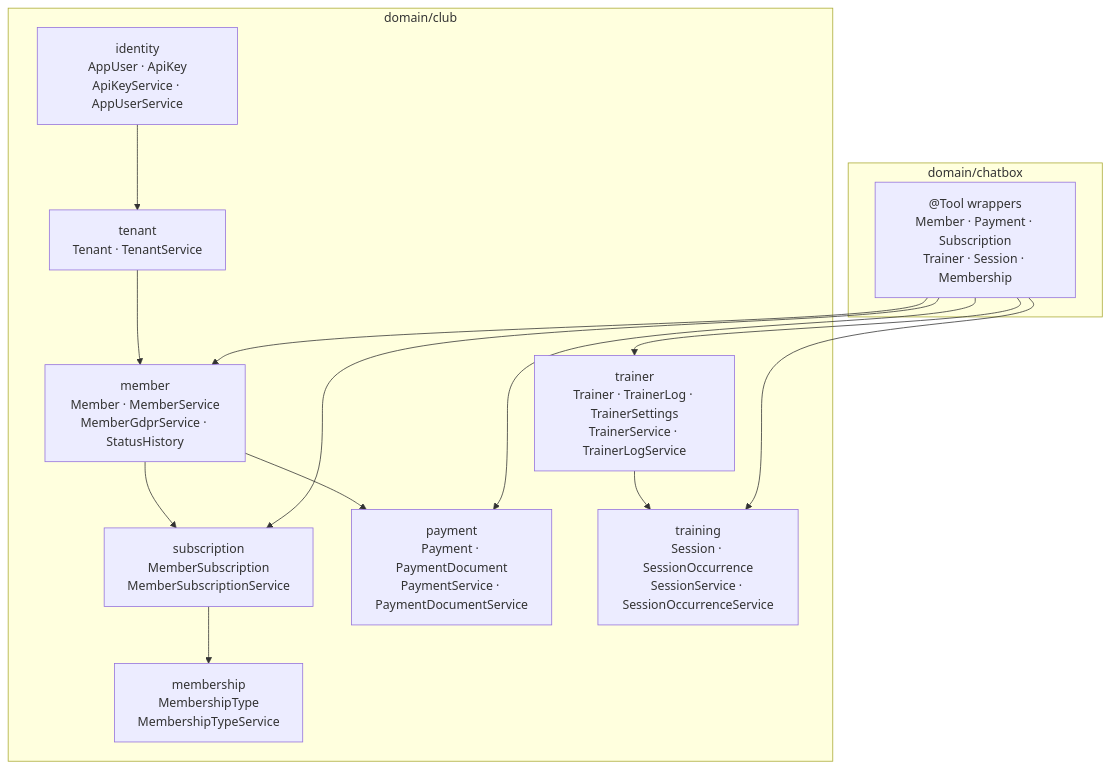
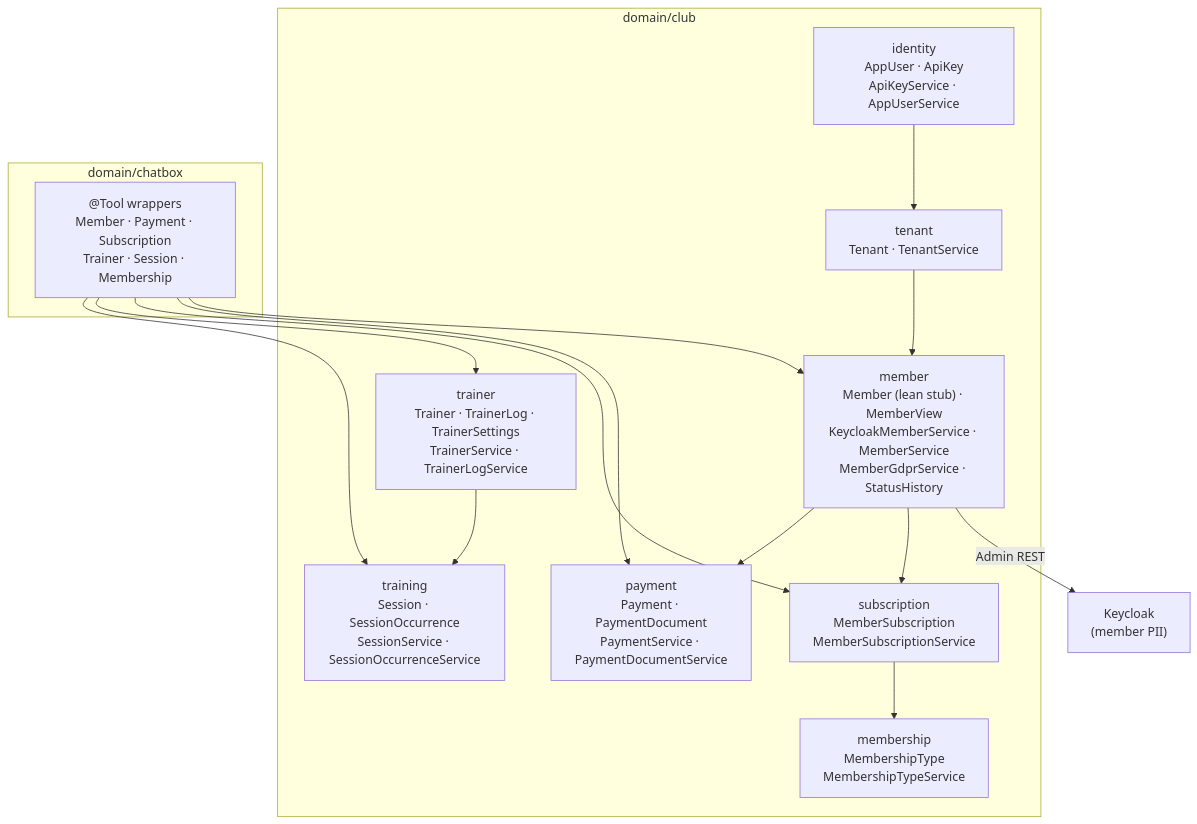
Before and after one commit to totopoloco/dbchatbox: the eighth of 12 diagrams in docs/architecture.md, drawn with Mermaid. The commit also changed other lines of this file and 1 other file, not shown here.

Commit message:
updates in the architecture

````diff
--- a/docs/architecture.md
+++ b/docs/architecture.md
@@ -199,26 +268,29 @@
 ```mermaid
 graph TD
     subgraph Domain["domain/club"]
         IDN["identity<br/>AppUser · ApiKey<br/>ApiKeyService · AppUserService"]
         TNT["tenant<br/>Tenant · TenantService"]
-        MBR["member<br/>Member · MemberService<br/>MemberGdprService · StatusHistory"]
+        MBR["member<br/>Member (lean stub) · MemberView<br/>KeycloakMemberService · MemberService<br/>MemberGdprService · StatusHistory"]
         SUB["subscription<br/>MemberSubscription<br/>MemberSubscriptionService"]
         MBT["membership<br/>MembershipType<br/>MembershipTypeService"]
         PAY["payment<br/>Payment · PaymentDocument<br/>PaymentService · PaymentDocumentService"]
         TRN["trainer<br/>Trainer · TrainerLog · TrainerSettings<br/>TrainerService · TrainerLogService"]
         SES["training<br/>Session · SessionOccurrence<br/>SessionService · SessionOccurrenceService"]
     end
 
     subgraph Chatbox["domain/chatbox"]
         TOOLS["@Tool wrappers<br/>Member · Payment · Subscription<br/>Trainer · Session · Membership"]
     end
 
+    KCX["Keycloak<br/>(member PII)"]
+
     IDN --> TNT
     TNT --> MBR
+    MBR -->|"Admin REST"| KCX
     MBR --> SUB
     SUB --> MBT
     MBR --> PAY
     TRN --> SES
 
     TOOLS --> MBR & PAY & SUB & TRN & SES
 ```
````
